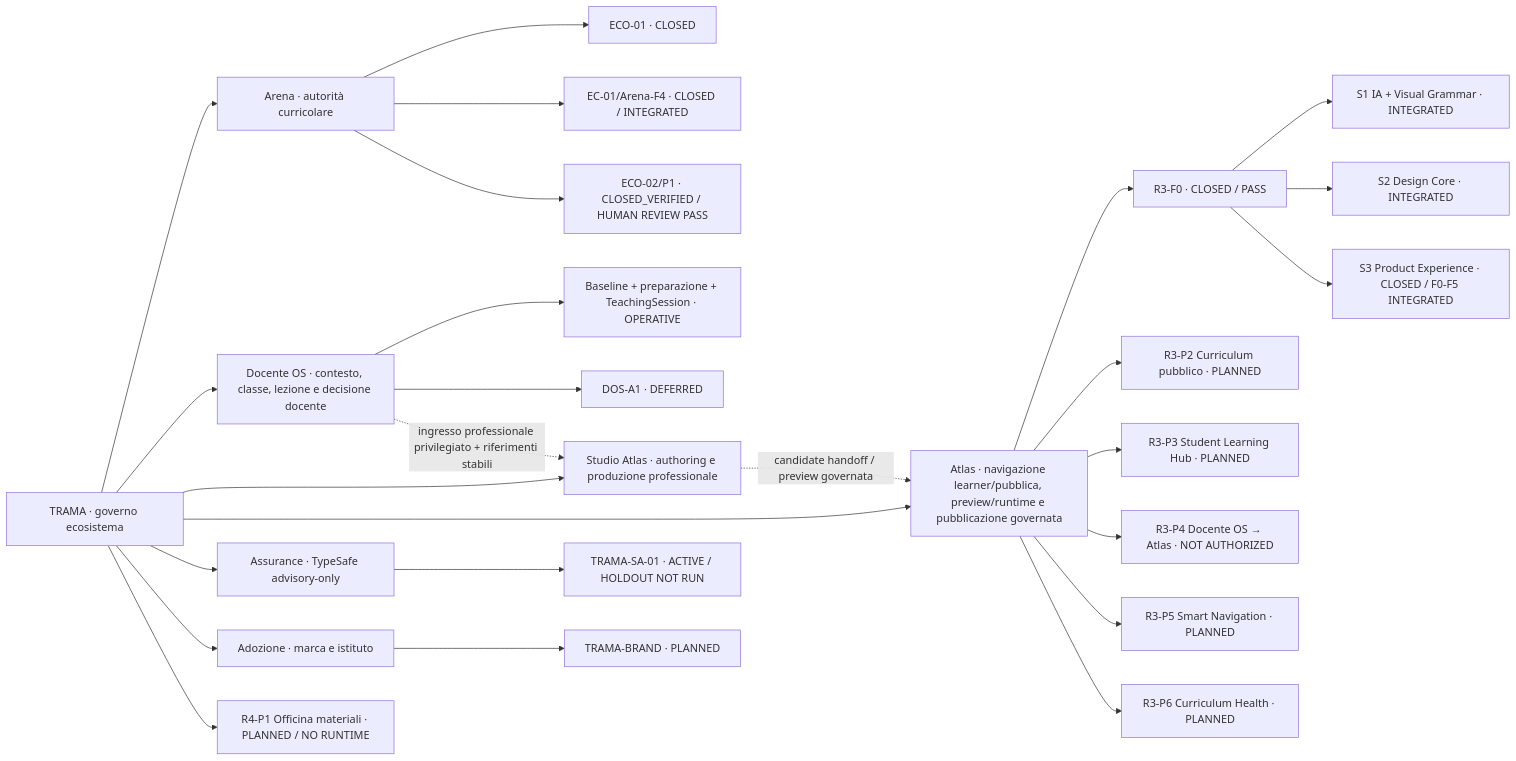
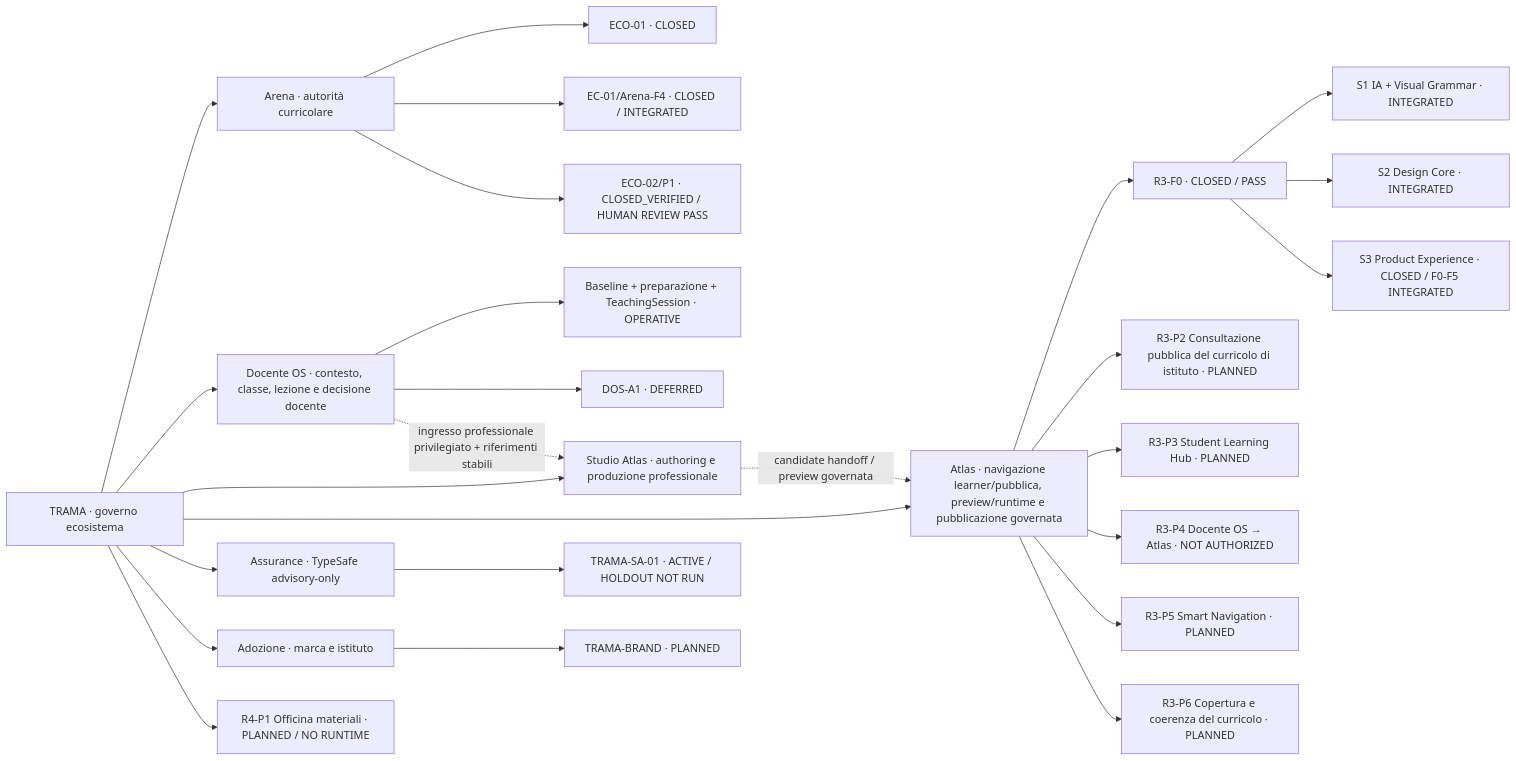
One commit to antoniocorsano-boop/trama-ecosistema changed the diagram in STATUS.md. Above: the diagram before and after it, drawn with Mermaid. The commit also changed 7 other files, not shown here.

````diff
--- a/STATUS.md
+++ b/STATUS.md
@@ -19,34 +19,34 @@
 ```mermaid
 flowchart LR
   TRAMA["TRAMA · governo ecosistema"]
 
   TRAMA --> ARENA["Arena · autorità curricolare"]
   TRAMA --> DOS["Docente OS · contesto, classe, lezione e decisione docente"]
   TRAMA --> STUDIO["Studio Atlas · authoring e produzione professionale"]
   TRAMA --> ATLAS["Atlas · navigazione learner/pubblica, preview/runtime e pubblicazione governata"]
   TRAMA --> ASSURANCE["Assurance · TypeSafe advisory-only"]
   TRAMA --> BRAND["Adozione · marca e istituto"]
 
   ARENA --> ECO01["ECO-01 · CLOSED"]
   ARENA --> ECF4["EC-01/Arena-F4 · CLOSED / INTEGRATED"]
   ARENA --> ECO02["ECO-02/P1 · CLOSED_VERIFIED / HUMAN REVIEW PASS"]
 
   DOS --> DOSBASE["Baseline + preparazione + TeachingSession · OPERATIVE"]
   DOS --> DOSA1["DOS-A1 · DEFERRED"]
   DOS -. "ingresso professionale privilegiato + riferimenti stabili" .-> STUDIO
   STUDIO -. "candidate handoff / preview governata" .-> ATLAS
 
   ATLAS --> R3F0["R3-F0 · CLOSED / PASS"]
   R3F0 --> S1["S1 IA + Visual Grammar · INTEGRATED"]
   R3F0 --> S2["S2 Design Core · INTEGRATED"]
   R3F0 --> S3["S3 Product Experience · CLOSED / F0-F5 INTEGRATED"]
-  ATLAS --> R3P2["R3-P2 Curriculum pubblico · PLANNED"]
+  ATLAS --> R3P2["R3-P2 Consultazione pubblica del curricolo di istituto · PLANNED"]
   ATLAS --> R3P3["R3-P3 Student Learning Hub · PLANNED"]
   ATLAS --> R3P4["R3-P4 Docente OS → Atlas · NOT AUTHORIZED"]
   ATLAS --> R3P5["R3-P5 Smart Navigation · PLANNED"]
-  ATLAS --> R3P6["R3-P6 Curriculum Health · PLANNED"]
+  ATLAS --> R3P6["R3-P6 Copertura e coerenza del curricolo · PLANNED"]
 
   TRAMA --> R4P1["R4-P1 Officina materiali · PLANNED / NO RUNTIME"]
   ASSURANCE --> TSA["TRAMA-SA-01 · ACTIVE / HOLDOUT NOT RUN"]
   BRAND --> TB["TRAMA-BRAND · PLANNED"]
 ```
````
